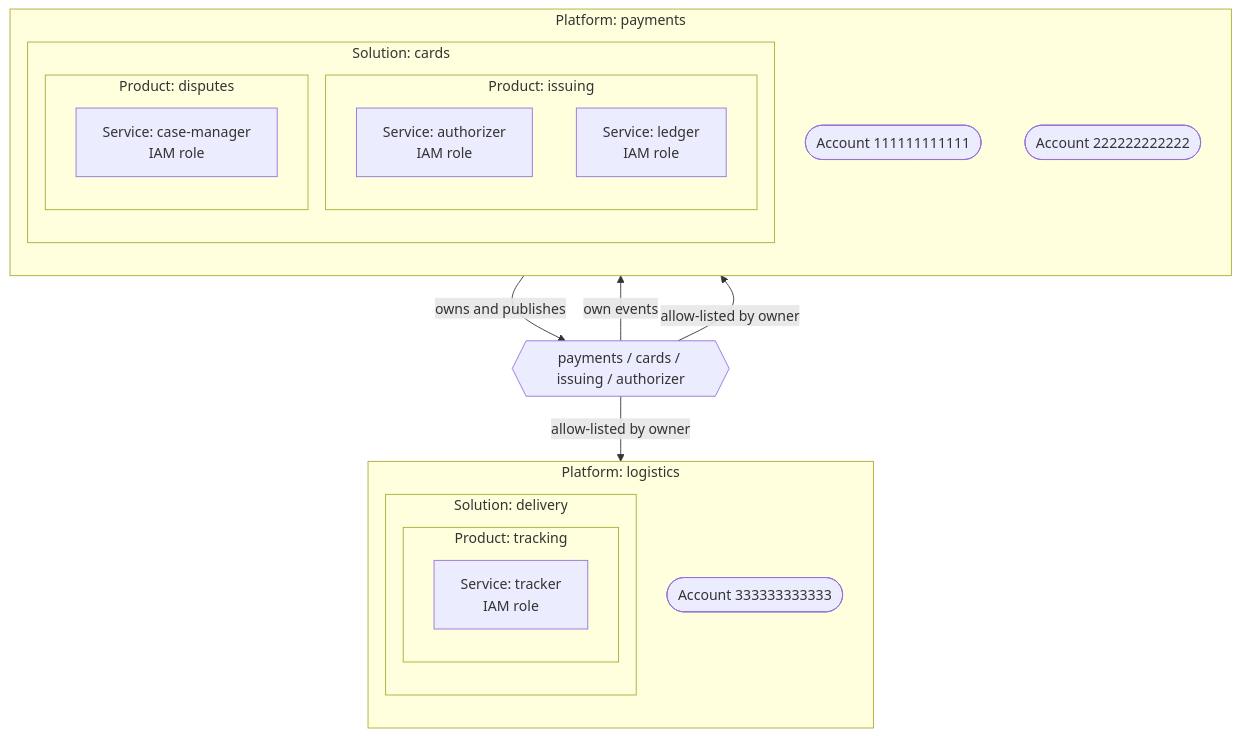
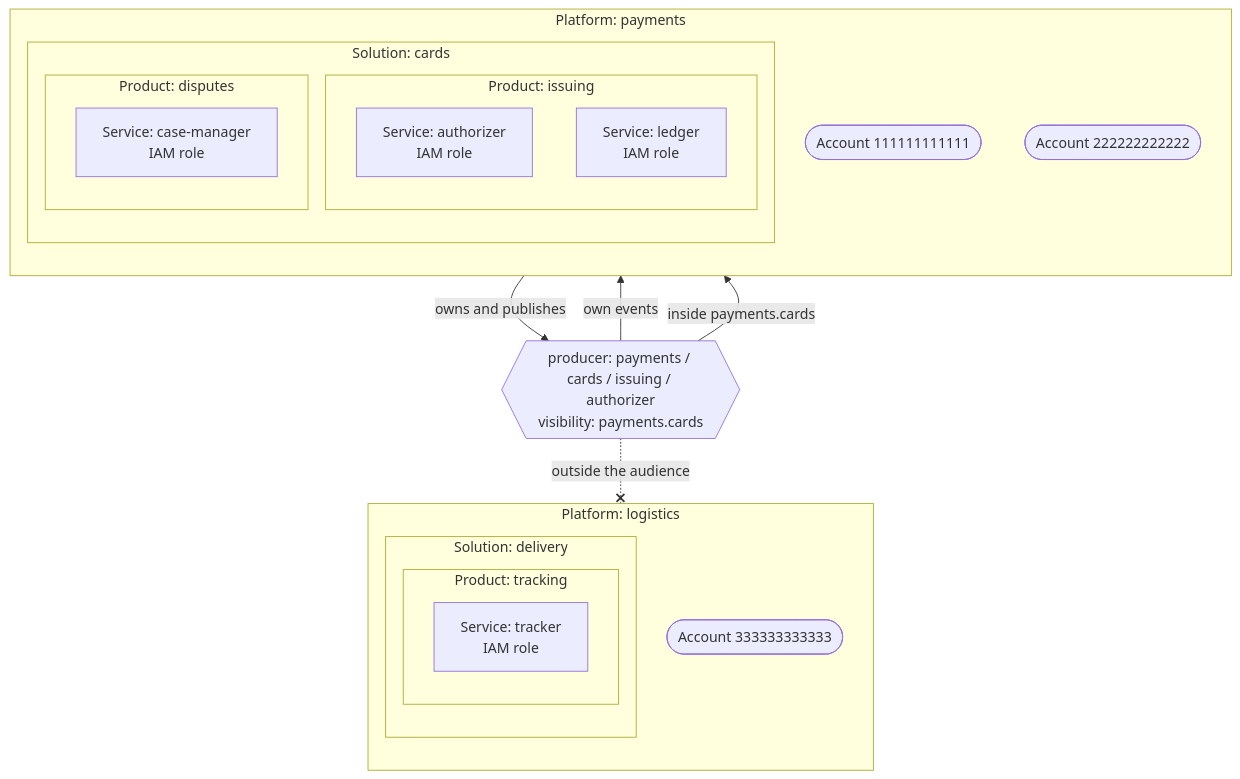
One commit to aws-abaschen/terraform-aws-org-event-bus changed the second of 6 diagrams in README.md. Above: the diagram before and after it, drawn with Mermaid. The commit also changed other lines of this file and 39 other files, not shown here.

First line of the commit message:
feat: producer-controlled visibility and account-tag platform registry

````diff
--- a/README.md
+++ b/README.md
@@ -129,34 +135,34 @@
 ```mermaid
 flowchart TB
   subgraph payments["Platform: payments"]
     direction TB
     accP1(["Account 111111111111"])
     accP2(["Account 222222222222"])
 
     subgraph cards["Solution: cards"]
       subgraph issuing["Product: issuing"]
         svcAuth["Service: authorizer<br/>IAM role"]
         svcLedger["Service: ledger<br/>IAM role"]
       end
       subgraph disputes["Product: disputes"]
         svcCase["Service: case-manager<br/>IAM role"]
       end
     end
   end
 
   subgraph logistics["Platform: logistics"]
     direction TB
     accL1(["Account 333333333333"])
 
     subgraph delivery["Solution: delivery"]
       subgraph tracking["Product: tracking"]
         svcTrack["Service: tracker<br/>IAM role"]
       end
     end
   end
 
-  svcAuth -- "owns and publishes" --> evtAuth{{"payments / cards / issuing / authorizer"}}
+  svcAuth -- "owns and publishes" --> evtAuth{{"producer: payments / cards / issuing / authorizer<br/>visibility: payments.cards"}}
   evtAuth -- "own events" --> svcAuth
-  evtAuth -- "allow-listed by owner" --> svcCase
-  evtAuth -- "allow-listed by owner" --> svcTrack
+  evtAuth -- "inside payments.cards" --> svcCase
+  evtAuth -. "outside the audience" .-x svcTrack
 ```
````
